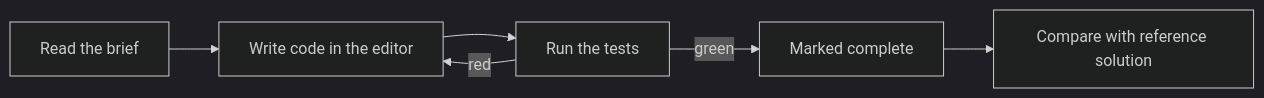
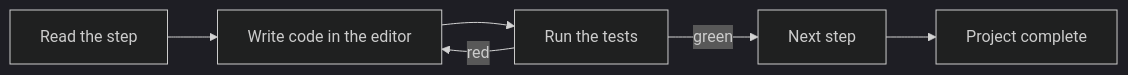
One commit to issachar-vin/frontend-course changed the diagram in README.md. Above: the diagram before and after it, drawn with Mermaid (dark theme). The commit also changed other lines of this file and 11 other files, not shown here.

````diff
--- a/README.md
+++ b/README.md
@@ -13,8 +14,8 @@
 ```mermaid
 graph LR
-  Brief[Read the brief] --> Code[Write code in the editor]
+  Step[Read the step] --> Code[Write code in the editor]
   Code --> Tests[Run the tests]
   Tests -->|red| Code
-  Tests -->|green| Done[Marked complete]
-  Done --> Solution[Compare with reference solution]
+  Tests -->|green| Next[Next step]
+  Next --> Done[Project complete]
 ```
````
